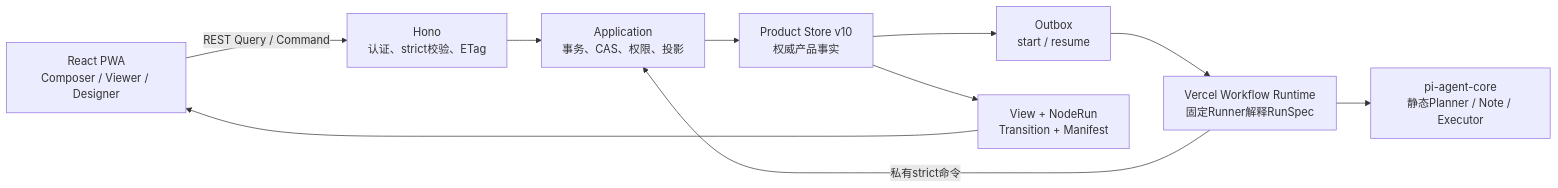
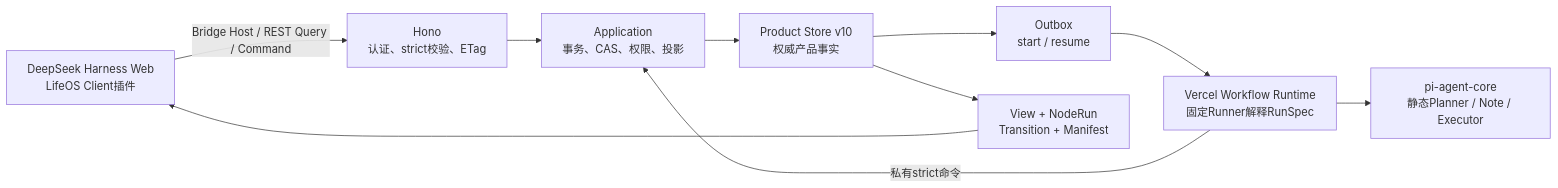
One commit to later-3/Chat changed the diagram in docs/architecture/configurable-workflow-as-built.md. Above: the diagram before and after it, drawn with Mermaid. The commit also changed other lines of this file and 841 other files, not shown here.

Commit message:
feat(frontend): replace legacy web with DeepSeek Harness

````diff
--- a/docs/architecture/configurable-workflow-as-built.md
+++ b/docs/architecture/configurable-workflow-as-built.md
@@ -27,12 +29,12 @@
 ```mermaid
 flowchart LR
-  UI["React PWA\nComposer / Viewer / Designer"] -->|"REST Query / Command"| API["Hono\n认证、strict校验、ETag"]
+  UI["DeepSeek Harness Web\nLifeOS Client插件"] -->|"Bridge Host / REST Query / Command"| API["Hono\n认证、strict校验、ETag"]
   API --> APP["Application\n事务、CAS、权限、投影"]
   APP --> STORE["Product Store v10\n权威产品事实"]
   STORE --> OUTBOX["Outbox\nstart / resume"]
   OUTBOX --> RUNTIME["Vercel Workflow Runtime\n固定Runner解释RunSpec"]
   RUNTIME -->|"私有strict命令"| APP
   RUNTIME --> PI["pi-agent-core\n静态Planner / Note / Executor"]
   STORE --> VIEW["View + NodeRun\nTransition + Manifest"]
   VIEW --> UI
 ```
````
